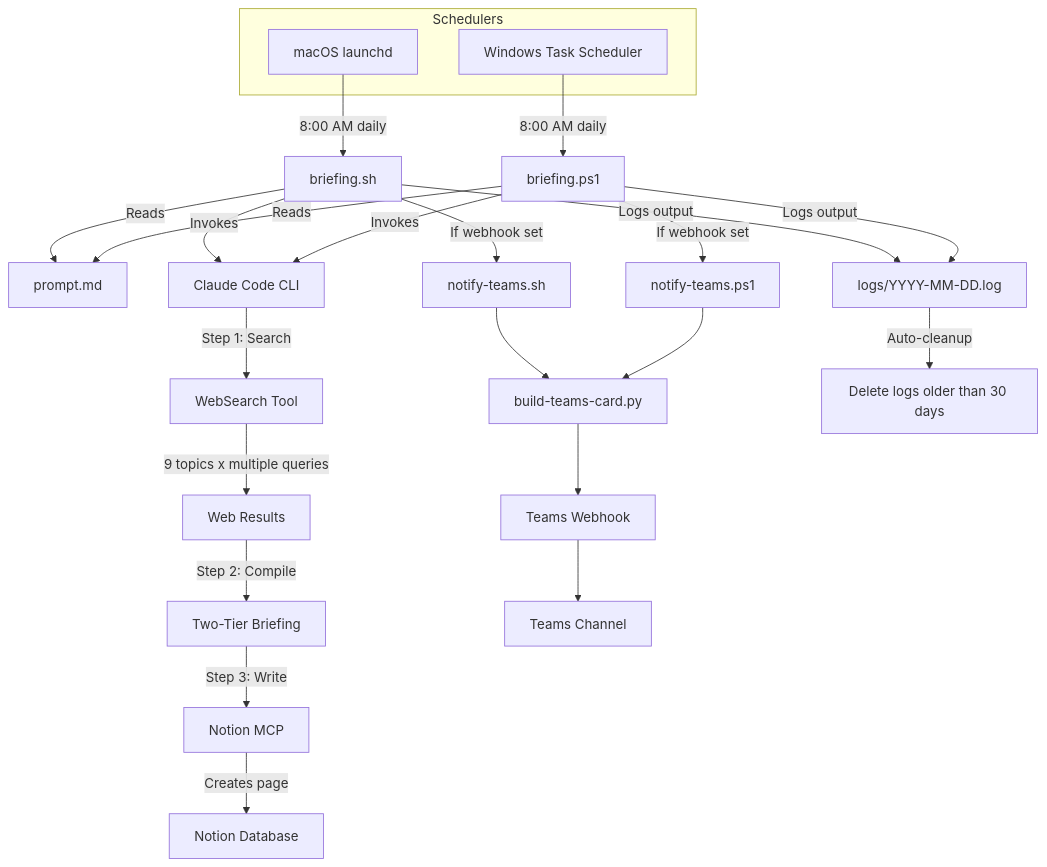
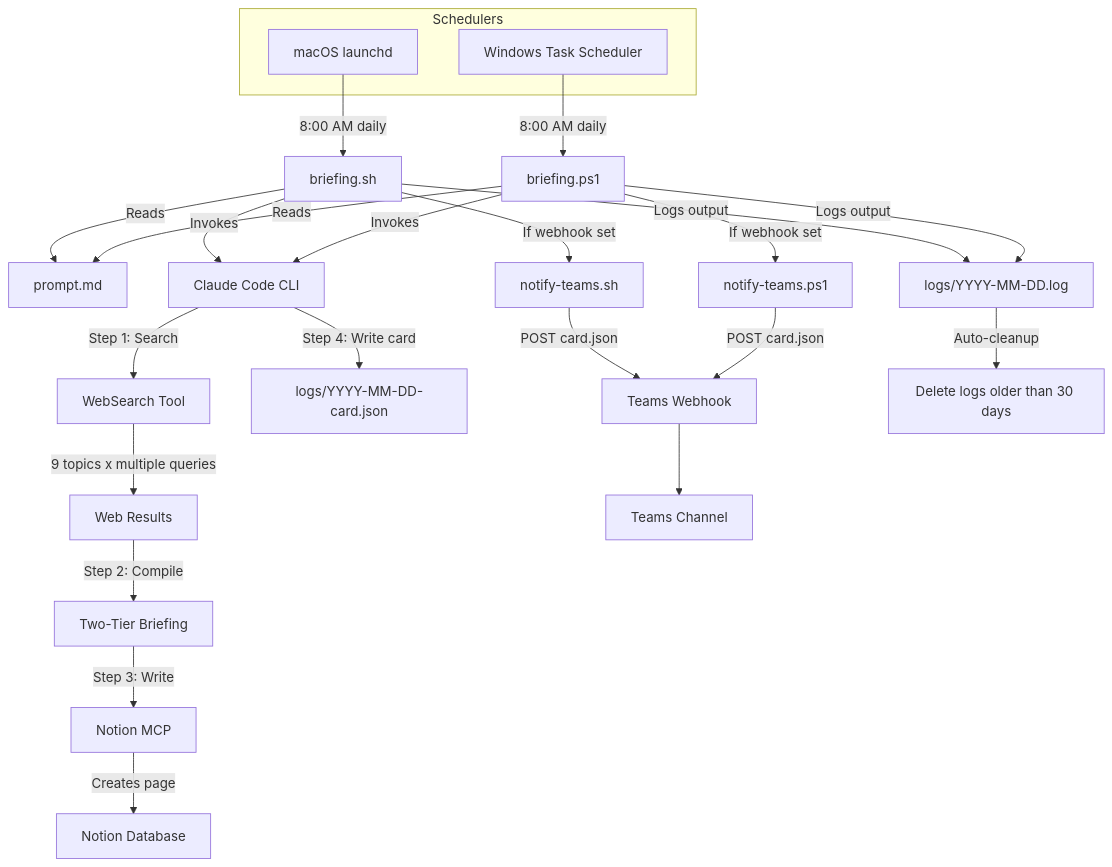
One commit to hoangsonww/ai-news-briefing changed the diagram in README.md. Above: the diagram before and after it, drawn with Mermaid. The commit also changed other lines of this file and 8 other files, not shown here.

````diff
--- a/README.md
+++ b/README.md
@@ -33,33 +33,34 @@
 ```mermaid
 flowchart TD
     subgraph Schedulers
         A1[macOS launchd]
         A2[Windows Task Scheduler]
     end
 
     A1 -->|8:00 AM daily| B1[briefing.sh]
     A2 -->|8:00 AM daily| B2[briefing.ps1]
 
     B1 -->|Reads| C[prompt.md]
     B2 -->|Reads| C
 
     B1 -->|Invokes| D[Claude Code CLI]
     B2 -->|Invokes| D
 
     D -->|Step 1: Search| E[WebSearch Tool]
     E -->|9 topics x multiple queries| F[Web Results]
     F -->|Step 2: Compile| G[Two-Tier Briefing]
     G -->|Step 3: Write| H[Notion MCP]
     H -->|Creates page| I[Notion Database]
 
+    D -->|Step 4: Write card| J2[logs/YYYY-MM-DD-card.json]
+
     B1 -->|If webhook set| T[notify-teams.sh]
     B2 -->|If webhook set| T2[notify-teams.ps1]
-    T --> U[build-teams-card.py]
-    T2 --> U
-    U --> V[Teams Webhook]
+    T -->|POST card.json| V[Teams Webhook]
+    T2 -->|POST card.json| V
     V --> W[Teams Channel]
 
     B1 -->|Logs output| J[logs/YYYY-MM-DD.log]
     B2 -->|Logs output| J
     J -->|Auto-cleanup| K[Delete logs older than 30 days]
 ```
````
